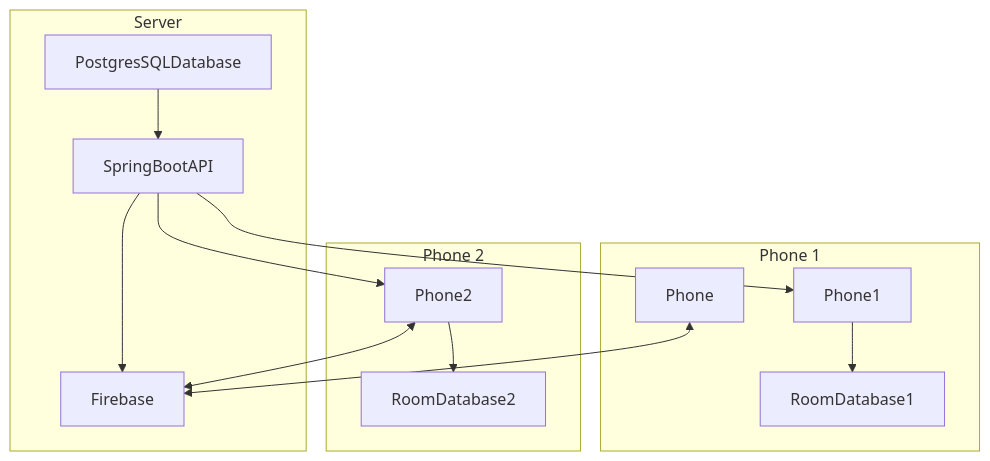
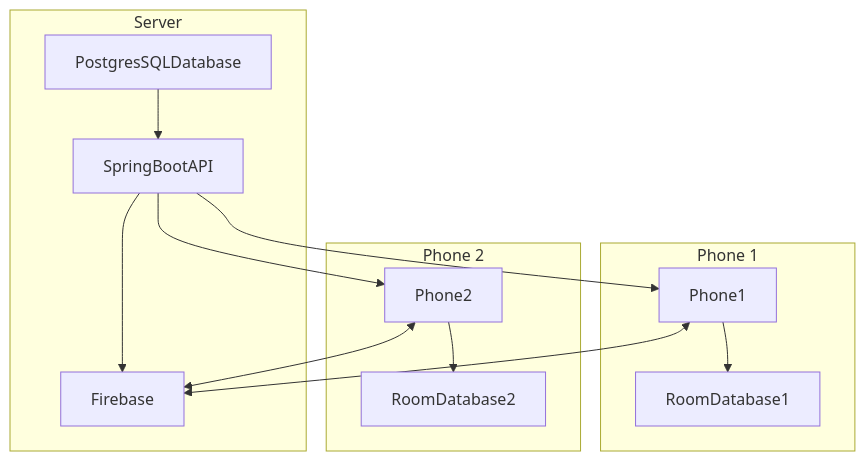
Before and after one commit to lukekweston/MessengerAPP: the diagram in README.md, drawn with Mermaid.

````diff
--- a/README.md
+++ b/README.md
@@ -7,17 +7,17 @@
 ```mermaid
 graph TD;
     subgraph "Server"
         PostgresSQLDatabase--> SpringBootAPI;
         SpringBootAPI-->Firebase;
     end
     subgraph "Phone 1"
         SpringBootAPI--> Phone1;
         Phone1--> RoomDatabase1;
-        Phone<-->Firebase;
+        Phone1<-->Firebase;
     end
     subgraph "Phone 2"
         SpringBootAPI--> Phone2;
         Phone2--> RoomDatabase2;
         Phone2<-->Firebase;
     end
 ```
````
